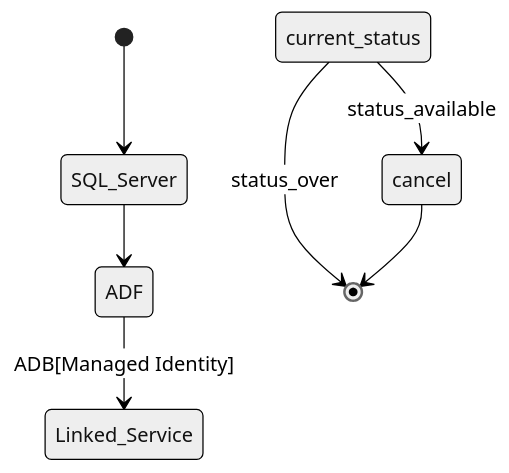
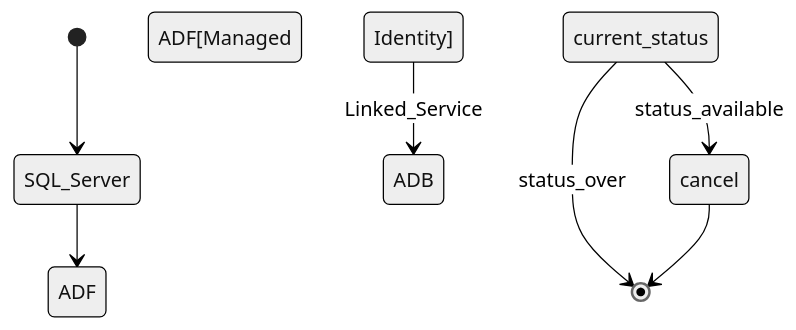
One commit to vijganji99/strada-DE-Infra changed the third of 3 diagrams in README.md. Above: the diagram before and after it, drawn with Mermaid (neutral theme). The commit also changed other lines of this file, not shown here.

````diff
--- a/README.md
+++ b/README.md
@@ -33,9 +33,9 @@
 ```mermaid
 stateDiagram-v2
     [*] --> SQL_Server
     SQL_Server --> ADF
-    ADF --> Linked_Service: ADB[Managed Identity]
+    ADF[Managed Identity] --> ADB:Linked_Service
     current_status --> cancel: status_available
     current_status --> [*]: status_over
     cancel --> [*]
 ```
````
